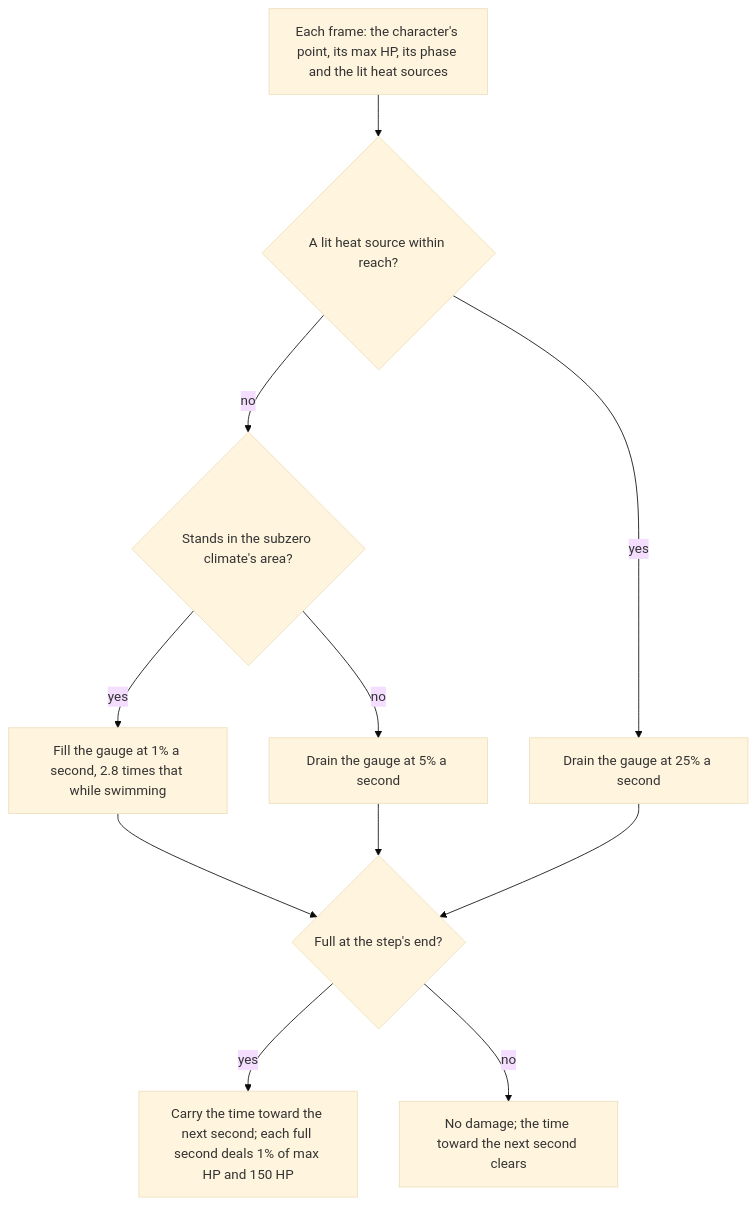
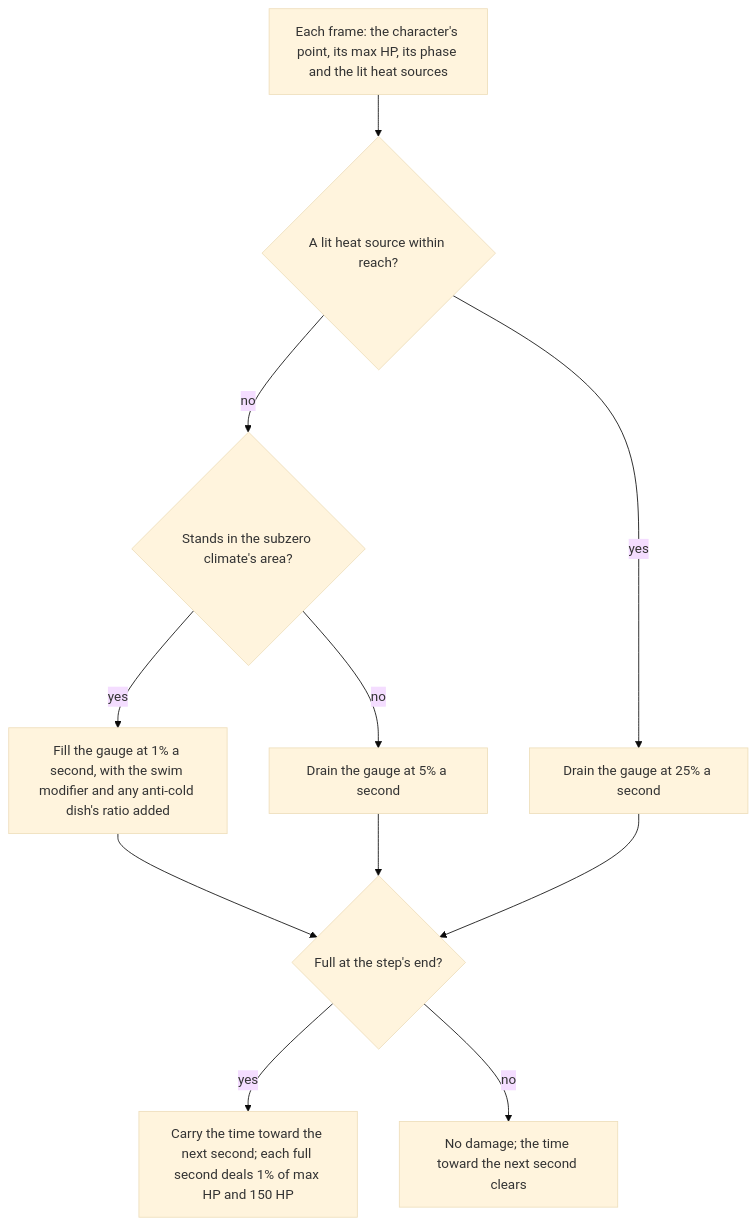
Before and after one commit to Esposter/Esposter: the diagram in openspec/changes/genshin-sheer-cold/design.md, drawn with Mermaid (base theme). The commit also changed other lines of this file and 18 other files, not shown here.

First line of the commit message:
feat(genshin-world): an anti-cold dish holds the sheer cold fill down by its ratio

````diff
--- a/openspec/changes/genshin-sheer-cold/design.md
+++ b/openspec/changes/genshin-sheer-cold/design.md
@@ -18,13 +19,13 @@
 ```mermaid
 flowchart TD
   S["Each frame: the character's point, its max HP, its phase and the lit heat sources"] --> H{"A lit heat source within reach?"}
   H -->|yes| D["Drain the gauge at 25% a second"]
   H -->|no| C{"Stands in the subzero climate's area?"}
-  C -->|yes| F["Fill the gauge at 1% a second, 2.8 times that while swimming"]
+  C -->|yes| F["Fill the gauge at 1% a second, with the swim modifier and any anti-cold dish's ratio added"]
   C -->|no| K["Drain the gauge at 5% a second"]
   F --> U{"Full at the step's end?"}
   K --> U
   D --> U
   U -->|yes| P["Carry the time toward the next second; each full second deals 1% of max HP and 150 HP"]
   U -->|no| R["No damage; the time toward the next second clears"]
 ```
````
